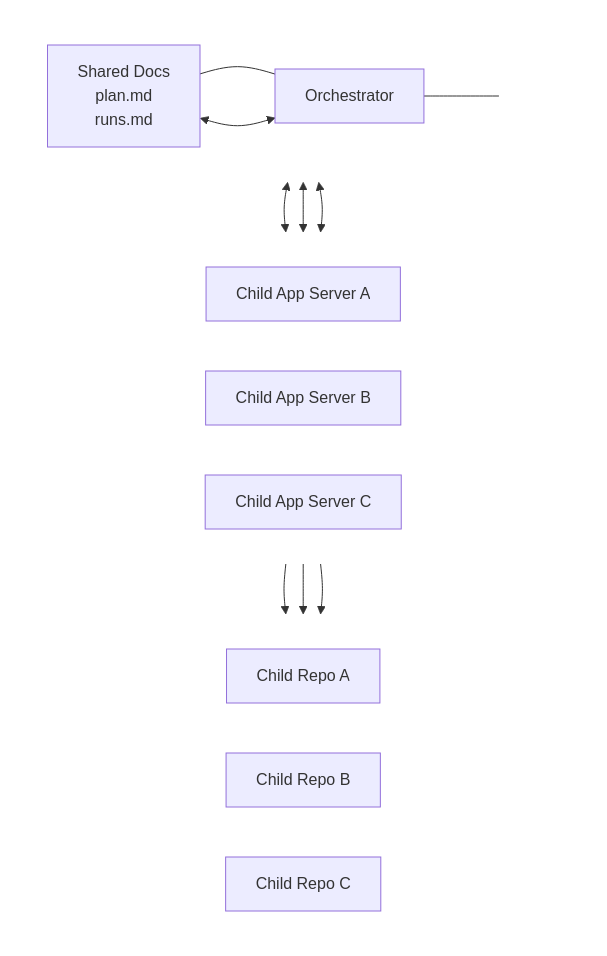
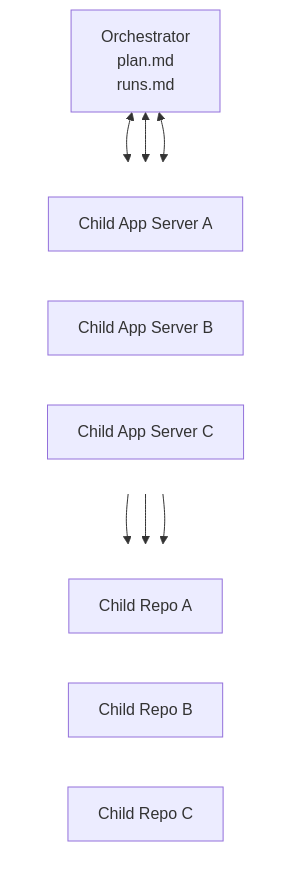
One commit to yeutterg/codex-orchestrator changed the diagram in README.md. Above: the diagram before and after it, drawn with Mermaid.

Commit message:
Fold shared docs into orchestrator node

````diff
--- a/README.md
+++ b/README.md
@@ -18,38 +18,27 @@
 ```mermaid
 flowchart TD
-    subgraph Top[" "]
-        direction LR
-        D["Shared Docs<br/>plan.md<br/>runs.md"]
-        O[Orchestrator]
-        X[" "]
-
-        D --- O
-        O --- X
-    end
+    O["Orchestrator<br/>plan.md<br/>runs.md"]
 
     subgraph Servers[" "]
         direction LR
         A[Child App Server A]
         B[Child App Server B]
         C[Child App Server C]
     end
 
     subgraph Repos[" "]
         direction LR
         RA[Child Repo A]
         RB[Child Repo B]
         RC[Child Repo C]
     end
 
     classDef invisible fill:transparent,stroke:transparent,color:transparent
-    class Top,Servers,Repos invisible
-    class X invisible
-
-    D <--> O
+    class Servers,Repos invisible
     O <--> A
     O <--> B
     O <--> C
     A --> RA
     B --> RB
     C --> RC
 ```
````
